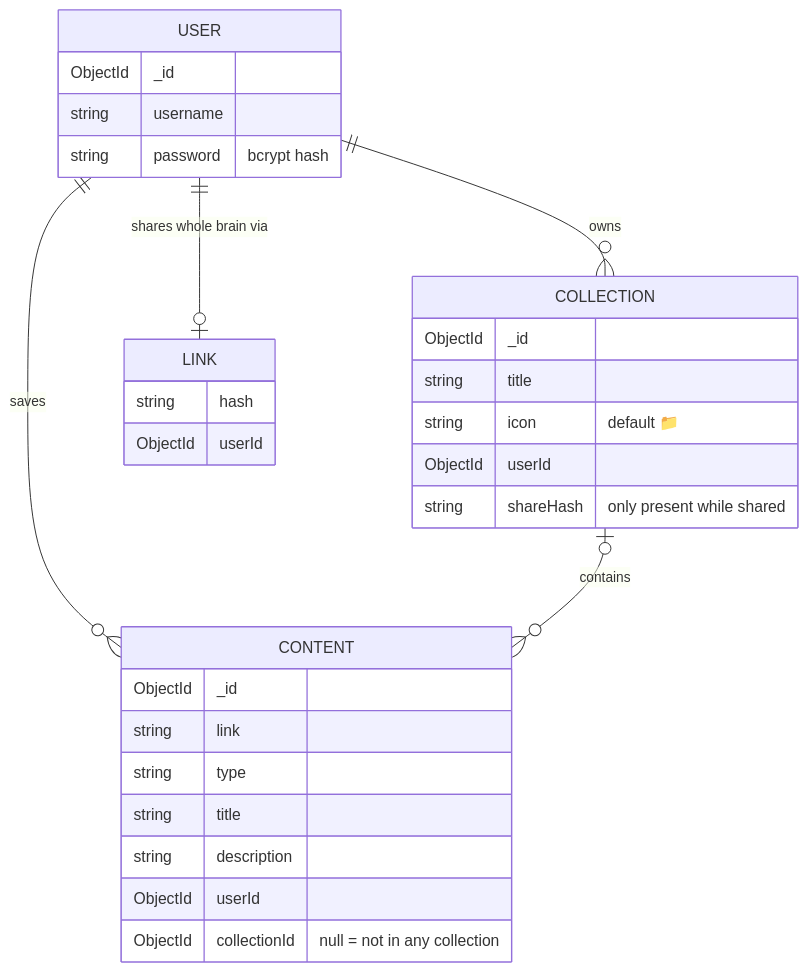
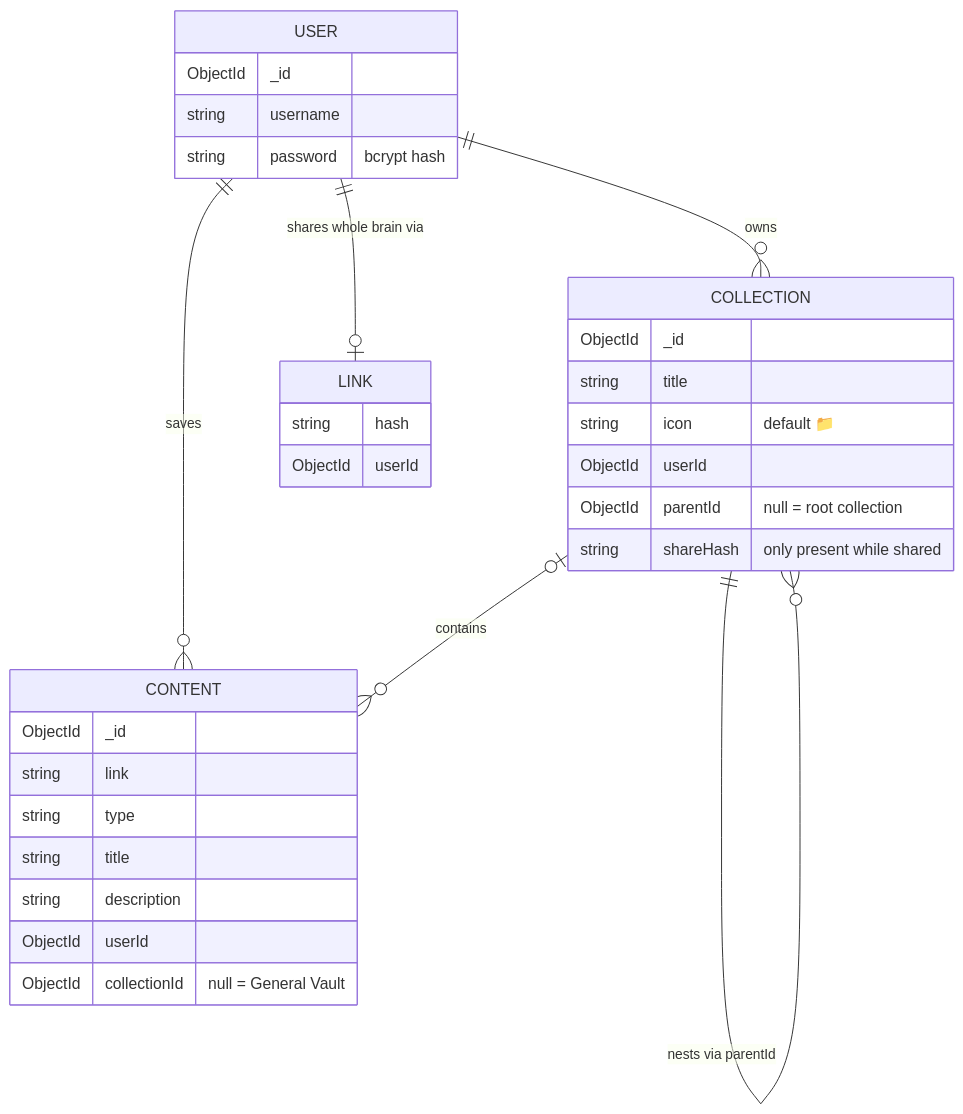
One commit to ShivCodes911/Memora changed the first of 2 diagrams in README.md. Above: the diagram before and after it, drawn with Mermaid. The commit also changed other lines of this file, not shown here.

````diff
--- a/README.md
+++ b/README.md
@@ -61,33 +63,35 @@
 ```mermaid
 erDiagram
     USER ||--o{ COLLECTION : owns
+    COLLECTION ||--o{ COLLECTION : "nests via parentId"
     USER ||--o{ CONTENT : saves
     COLLECTION |o--o{ CONTENT : contains
     USER ||--o| LINK : "shares whole brain via"
 
     USER {
         ObjectId _id
         string username
         string password "bcrypt hash"
     }
     COLLECTION {
         ObjectId _id
         string title
         string icon "default 📁"
         ObjectId userId
+        ObjectId parentId "null = root collection"
         string shareHash "only present while shared"
     }
     CONTENT {
         ObjectId _id
         string link
         string type
         string title
         string description
         ObjectId userId
-        ObjectId collectionId "null = not in any collection"
+        ObjectId collectionId "null = General Vault"
     }
     LINK {
         string hash
         ObjectId userId
     }
 ```
````
